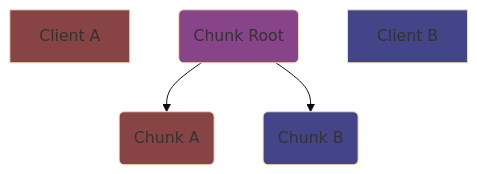
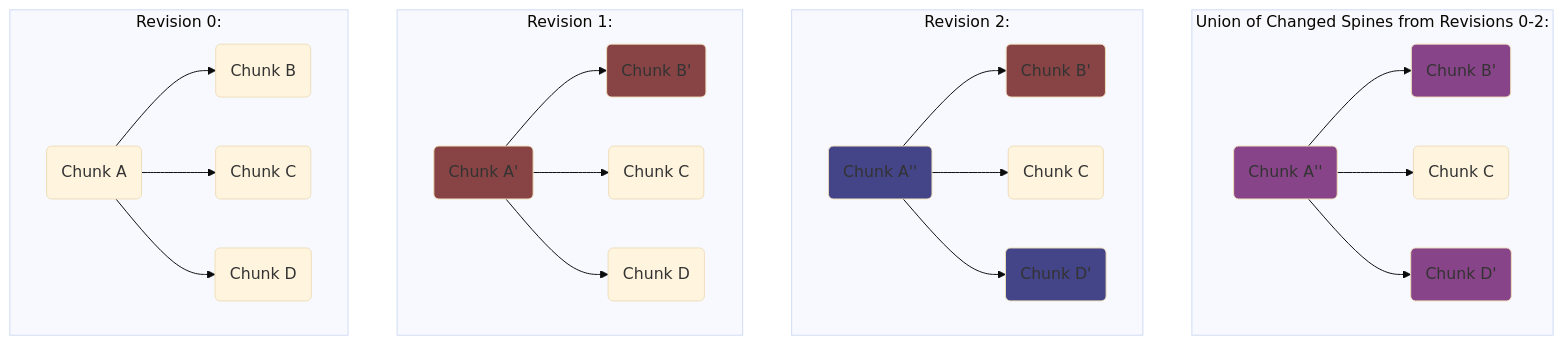
Before and after one commit to microsoft/FluidFramework: the eighth of 28 diagrams in packages/dds/tree/docs/wip/treeStorage.md, drawn with Mermaid (base theme). The commit also changed other lines of this file, not shown here.

````diff
--- a/packages/dds/tree/docs/wip/treeStorage.md
+++ b/packages/dds/tree/docs/wip/treeStorage.md
@@ -236,12 +206,51 @@
 ```mermaid
 graph TD;
-    CA[Client A]
-    R(Chunk Root)-->A(Chunk A)
-    R-->B(Chunk B)
-    CB[Client B]
-    style A fill:#844
-    style CA fill:#844
-    style B fill:#448
-    style CB fill:#448
-    style R fill:#848
+    subgraph Union of Changed Spines from Revisions 0-2:
+        AU(Chunk A'')
+        BU(Chunk B')
+        CU(Chunk C)
+        DU(Chunk D')
+        AU-->BU
+        AU-->CU
+        AU-->DU
+    end
+
+    subgraph Revision 2:
+        A2(Chunk A'')
+        B2(Chunk B')
+        C2(Chunk C)
+        D2(Chunk D')
+        A2-->B2
+        A2-->C2
+        A2-->D2
+    end
+
+    subgraph Revision 1:
+        A1(Chunk A')
+        B1(Chunk B')
+        C1(Chunk C)
+        D1(Chunk D)
+        A1-->B1
+        A1-->C1
+        A1-->D1
+    end
+
+    subgraph Revision 0:
+        A0(Chunk A)
+        B0(Chunk B)
+        C0(Chunk C)
+        D0(Chunk D)
+        A0-->B0
+        A0-->C0
+        A0-->D0
+    end
+
+    style A1 fill:#844
+    style B1 fill:#844
+    style A2 fill:#448
+    style B2 fill:#844
+    style D2 fill:#448
+    style AU fill:#848
+    style BU fill:#848
+    style DU fill:#848
 ```
````
